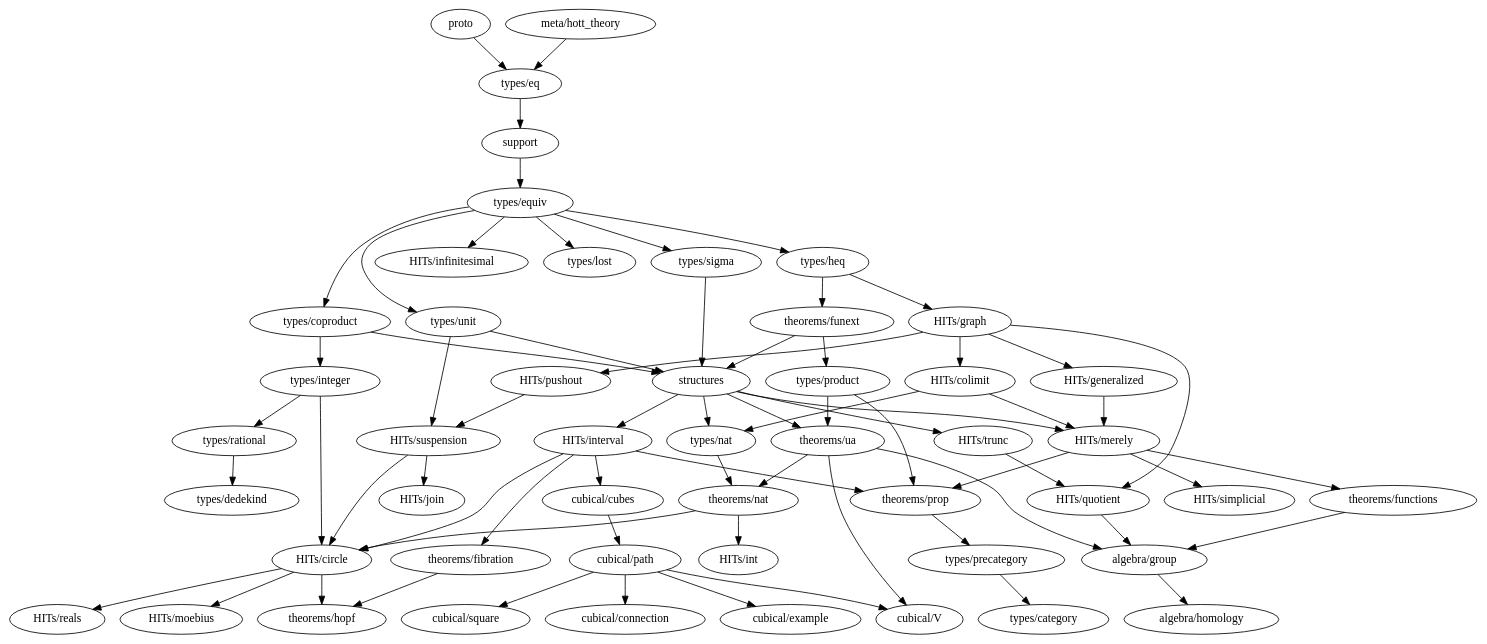
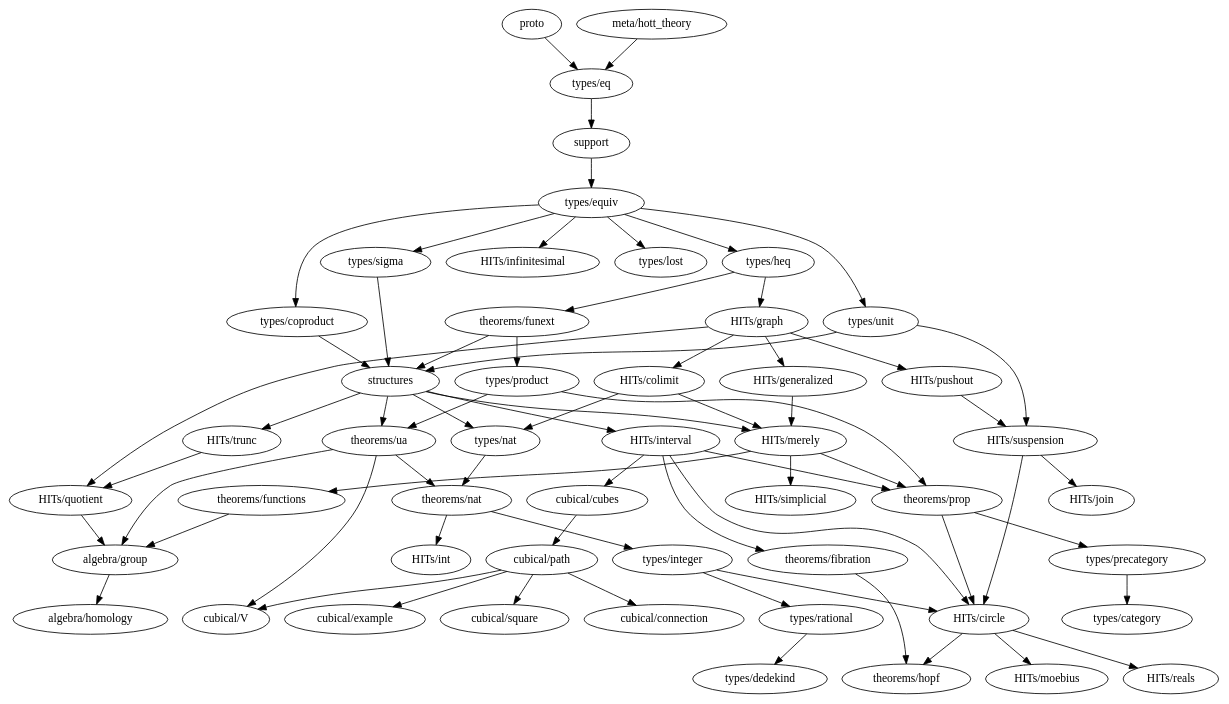
The diagram in dependency_map.gv (forked-from-1kasper/ground_zero), drawn with Graphviz before and after one commit. The commit also changed 6 other files, not shown here.

```diff
--- a/dependency_map.gv
+++ b/dependency_map.gv
@@ -1,104 +1,104 @@
 digraph dependency_map {
   proto -> "types/eq"
   "meta/hott_theory" -> "types/eq"
   support -> "types/equiv"
   structures -> {
     "HITs/interval",
     "HITs/merely",
     "HITs/trunc",
     "types/nat",
     "theorems/ua"
   }
 
   subgraph algebra {
     "algebra/group" -> { "algebra/homology" }
     "algebra/homology"
   }
 
   subgraph types {
     "types/category"
-    "types/coproduct" -> { "types/integer", structures }
+    "types/coproduct" -> { structures }
     "types/dedekind"
     "types/eq" -> { support }
     "types/equiv" -> {
       "types/heq",
       "HITs/infinitesimal",
       "types/coproduct",
       "types/lost",
       "types/unit",
       "types/sigma"
     }
     "types/heq" -> {
       "HITs/graph", "theorems/funext"
     }
     "types/integer" -> {
       "HITs/circle",
       "types/rational"
     }
     "types/lost"
     "types/nat" -> { "theorems/nat" }
     "types/precategory" -> { "types/category" }
     "types/product" -> { "theorems/prop", "theorems/ua" }
     "types/rational" -> { "types/dedekind" }
     "types/sigma" -> { structures }
     "types/unit" -> { structures, "HITs/suspension" }
   }
 
   subgraph HITs {
     "HITs/circle" -> { "theorems/hopf", "HITs/moebius", "HITs/reals" }
     "HITs/colimit" -> { "HITs/merely", "types/nat" }
     "HITs/generalized" -> "HITs/merely"
     "HITs/graph" -> {
       "HITs/colimit",
       "HITs/generalized",
       "HITs/pushout",
       "HITs/quotient"
     }
     "HITs/infinitesimal"
     "HITs/interval" -> {
       "cubical/cubes"
       "HITs/circle",
       "theorems/prop",
       "theorems/fibration"
     }
     "HITs/join"
     "HITs/merely" -> {
       "theorems/prop",
       "HITs/simplicial",
       "theorems/functions"
     }
     "HITs/moebius"
     "HITs/pushout" -> {
       "HITs/suspension"
     }
     "HITs/quotient" -> { "algebra/group" }
     "HITs/reals"
     "HITs/simplicial"
     "HITs/suspension" -> { "HITs/circle", "HITs/join" }
     "HITs/trunc" -> { "HITs/quotient" }
   }
 
   subgraph cubical {
     "cubical/connection"
     "cubical/cubes" -> "cubical/path"
     "cubical/example"
     "cubical/path" -> {
       "cubical/square",
       "cubical/example",
       "cubical/V",
       "cubical/connection"
     }
     "cubical/square"
     "cubical/V"
   }
 
   subgraph theorems {
     "theorems/fibration" -> { "theorems/hopf" }
     "theorems/functions" -> { "algebra/group" }
     "theorems/funext" -> { structures, "types/product" }
     "theorems/hopf"
-    "theorems/nat" -> { "HITs/circle", "HITs/int" }
-    "theorems/prop" -> { "types/precategory" }
+    "theorems/nat" -> { "HITs/int", "types/integer" }
+    "theorems/prop" -> { "HITs/circle", "types/precategory" }
     "theorems/ua" -> { "algebra/group", "theorems/nat", "cubical/V" }
   }
 }
```
